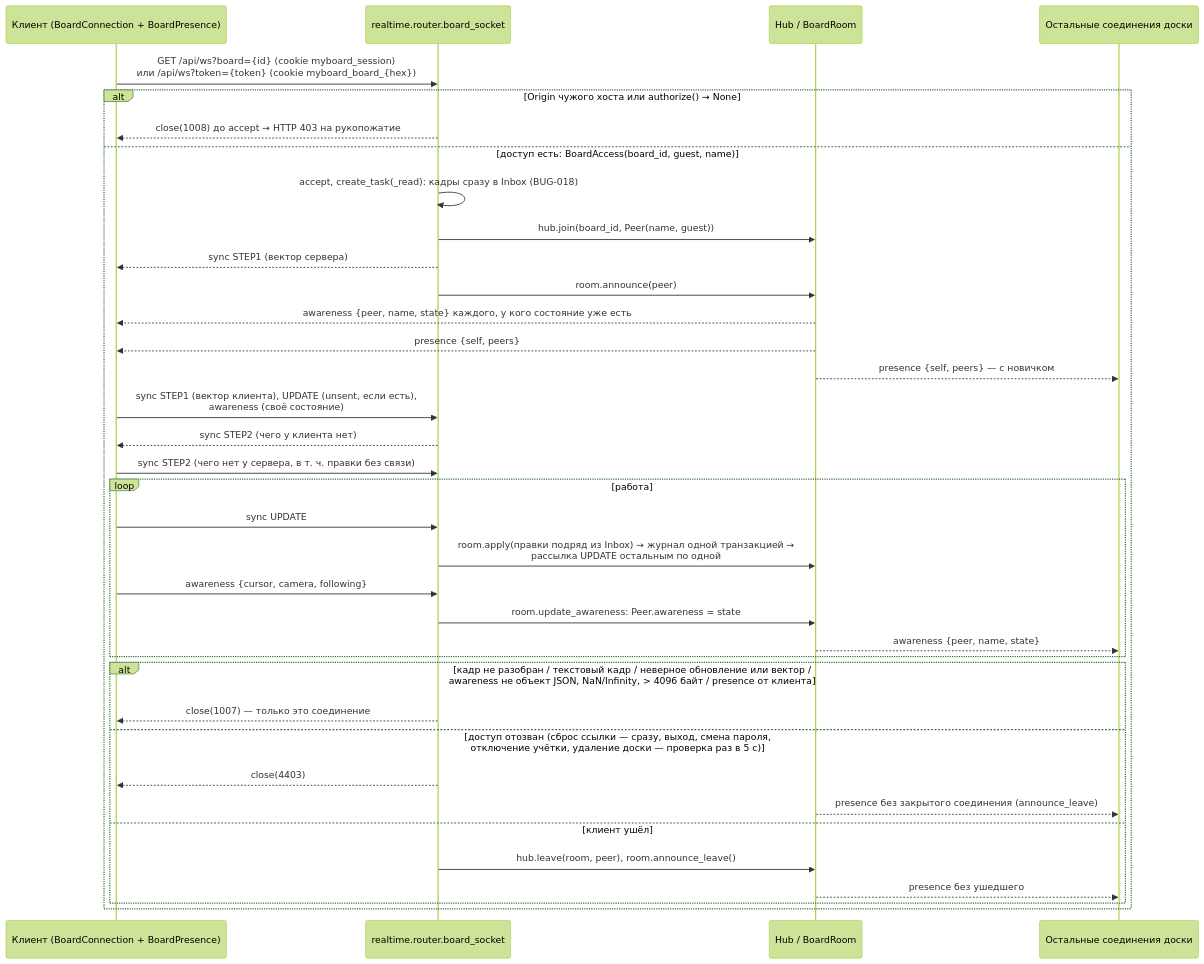
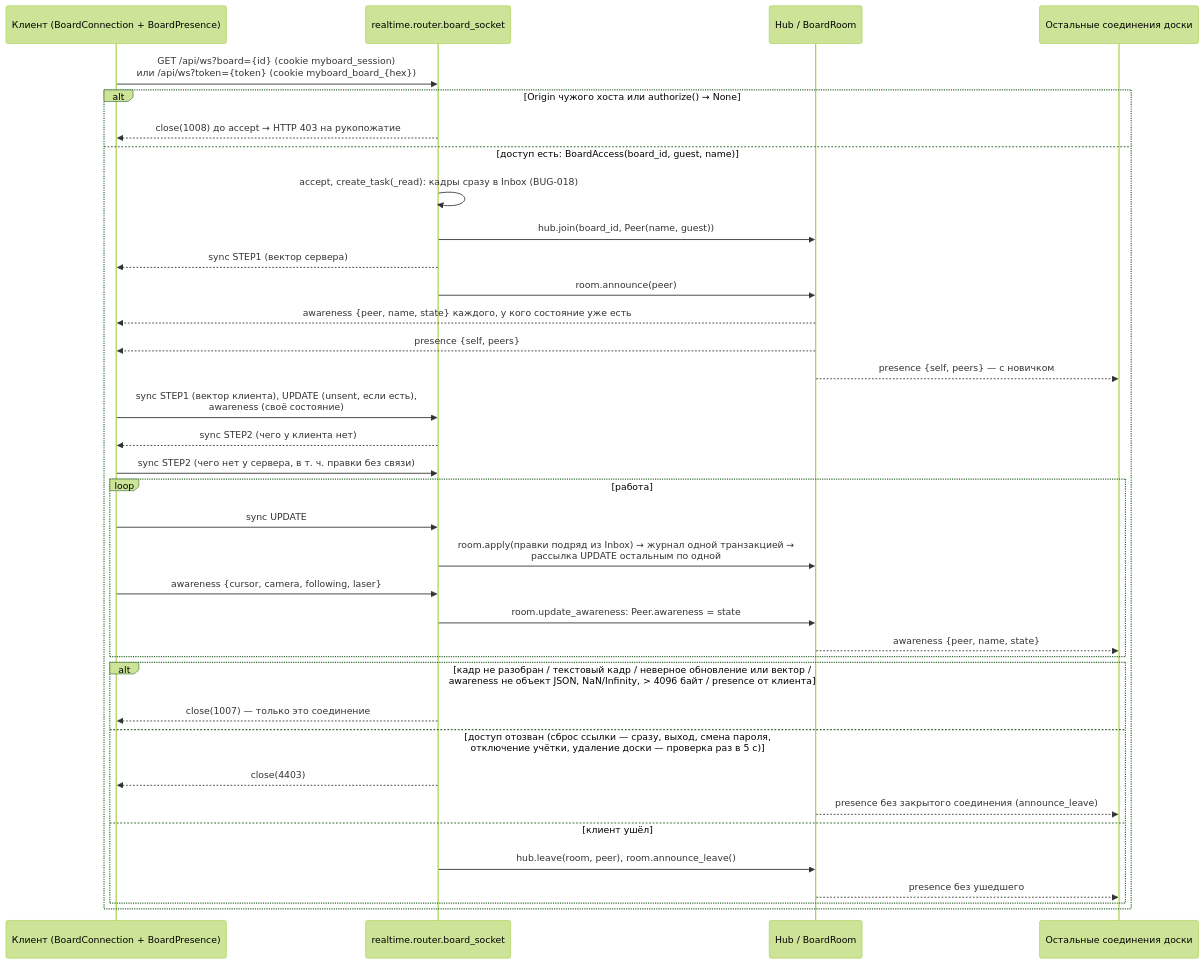
Before and after one commit to shumakove/myboard: the second of 2 diagrams in uml/ws-protocol.md, drawn with Mermaid (forest theme). The commit also changed other lines of this file and 6 other files, not shown here.

Commit message:
T6.5: Обновить UML по принятой реализации

````diff
--- a/uml/ws-protocol.md
+++ b/uml/ws-protocol.md
@@ -119,39 +126,39 @@
 ```mermaid
 sequenceDiagram
   participant C as Клиент (BoardConnection + BoardPresence)
   participant R as realtime.router.board_socket
   participant H as Hub / BoardRoom
   participant O as Остальные соединения доски
 
   C->>R: GET /api/ws?board={id} (cookie myboard_session)<br/>или /api/ws?token={token} (cookie myboard_board_{hex})
   alt Origin чужого хоста или authorize() → None
     R-->>C: close(1008) до accept → HTTP 403 на рукопожатие
   else доступ есть: BoardAccess(board_id, guest, name)
     R->>R: accept, create_task(_read): кадры сразу в Inbox (BUG-018)
     R->>H: hub.join(board_id, Peer(name, guest))
     R-->>C: sync STEP1 (вектор сервера)
     R->>H: room.announce(peer)
     H-->>C: awareness {peer, name, state} каждого, у кого состояние уже есть
     H-->>C: presence {self, peers}
     H-->>O: presence {self, peers} — с новичком
     C->>R: sync STEP1 (вектор клиента), UPDATE (unsent, если есть),<br/>awareness (своё состояние)
     R-->>C: sync STEP2 (чего у клиента нет)
     C->>R: sync STEP2 (чего нет у сервера, в т. ч. правки без связи)
     loop работа
       C->>R: sync UPDATE
       R->>H: room.apply(правки подряд из Inbox) → журнал одной транзакцией →<br/>рассылка UPDATE остальным по одной
-      C->>R: awareness {cursor, camera, following}
+      C->>R: awareness {cursor, camera, following, laser}
       R->>H: room.update_awareness: Peer.awareness = state
       H-->>O: awareness {peer, name, state}
     end
     alt кадр не разобран / текстовый кадр / неверное обновление или вектор /<br/>awareness не объект JSON, NaN/Infinity, > 4096 байт / presence от клиента
       R-->>C: close(1007) — только это соединение
     else доступ отозван (сброс ссылки — сразу, выход, смена пароля,<br/>отключение учётки, удаление доски — проверка раз в 5 с)
       R-->>C: close(4403)
       H-->>O: presence без закрытого соединения (announce_leave)
     else клиент ушёл
       R->>H: hub.leave(room, peer), room.announce_leave()
       H-->>O: presence без ушедшего
     end
   end
 ```
````
